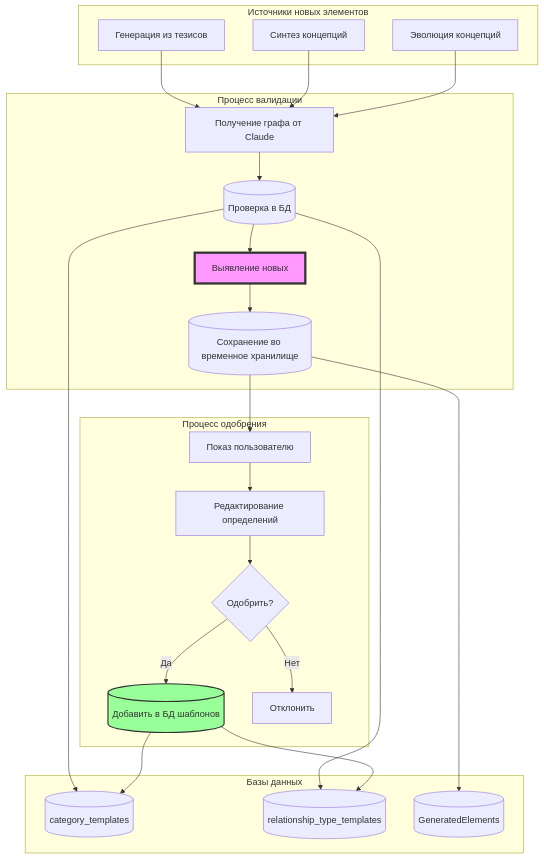
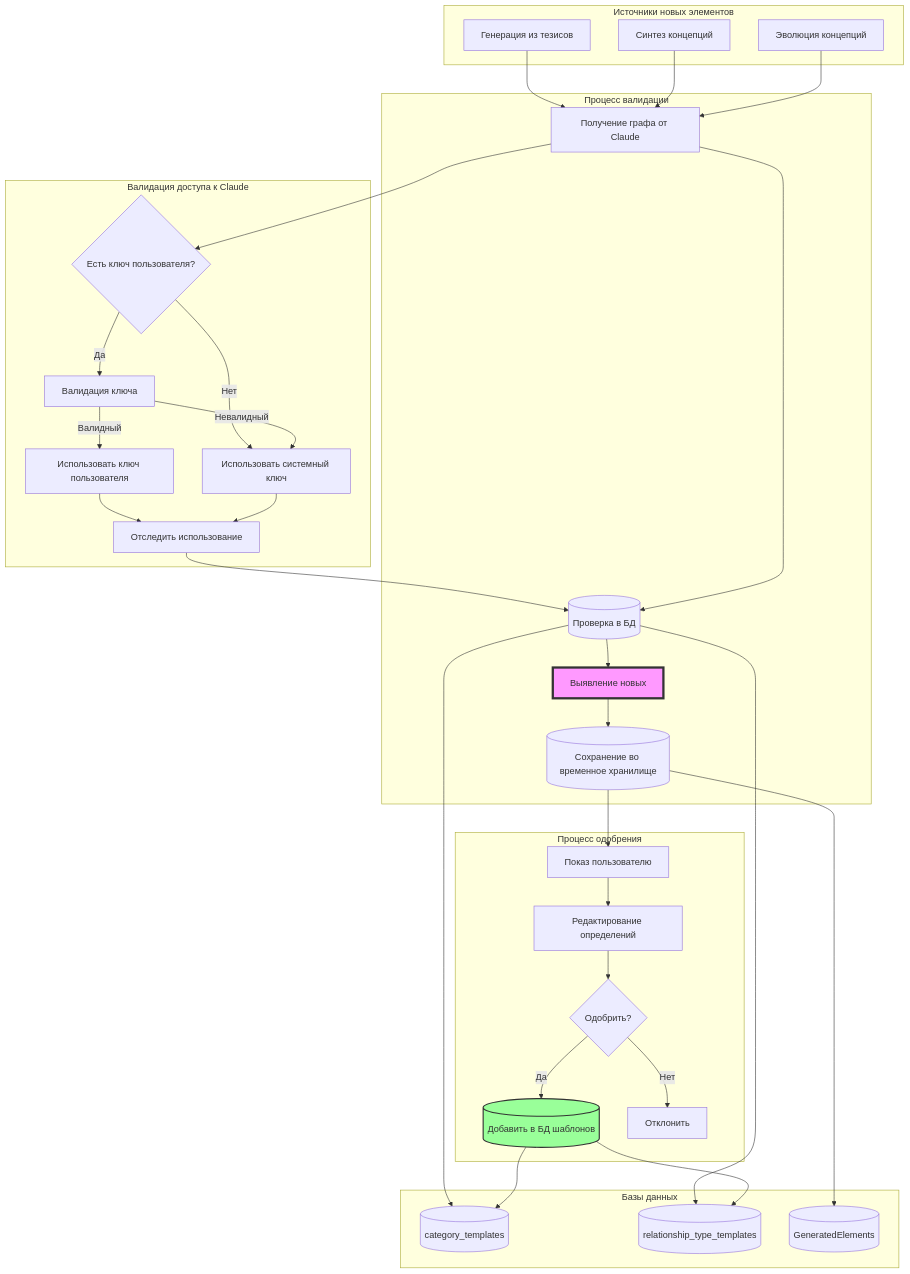
The diagram in architecture/element-validation-flow.mmd (Ranatar/philosophical-concepts-omnidirectional), drawn with Mermaid before and after one commit. The commit also changed 9 other files, not shown here.

```diff
--- a/architecture/element-validation-flow.mmd
+++ b/architecture/element-validation-flow.mmd
@@ -1,51 +1,68 @@
 flowchart TB
     subgraph "Источники новых элементов"
         THESIS_TO_GRAPH[Генерация из тезисов]
         SYNTHESIS[Синтез концепций]
         EVOLUTION[Эволюция концепций]
     end
     
     subgraph "Процесс валидации"
         RECEIVE[Получение графа от Claude]
         CHECK_DB[(Проверка в БД)]
         IDENTIFY_NEW[Выявление новых]
         SAVE_TEMP[(Сохранение во временное хранилище)]
     end
     
     subgraph "Процесс одобрения"
         SHOW_USER[Показ пользователю]
         EDIT[Редактирование определений]
         APPROVE{Одобрить?}
         ADD_TO_DB[(Добавить в БД шаблонов)]
         REJECT[Отклонить]
     end
     
     subgraph "Базы данных"
         CATEGORY_TEMPLATES[(category_templates)]
         REL_TYPE_TEMPLATES[(relationship_type_templates)]
         GENERATED_ELEMENTS[(GeneratedElements)]
     end
+
+    subgraph "Валидация доступа к Claude"
+        CHECK_USER_KEY{Есть ключ пользователя?}
+        VALIDATE_KEY[Валидация ключа]
+        USE_USER_KEY[Использовать ключ пользователя]
+        USE_SYSTEM_KEY[Использовать системный ключ]
+        TRACK_USAGE[Отследить использование]
+    end
+
+    RECEIVE --> CHECK_USER_KEY
+    CHECK_USER_KEY -->|Да| VALIDATE_KEY
+    CHECK_USER_KEY -->|Нет| USE_SYSTEM_KEY
+    VALIDATE_KEY -->|Валидный| USE_USER_KEY
+    VALIDATE_KEY -->|Невалидный| USE_SYSTEM_KEY
+    USE_USER_KEY --> TRACK_USAGE
+    USE_SYSTEM_KEY --> TRACK_USAGE
+    TRACK_USAGE --> CHECK_DB
     
     THESIS_TO_GRAPH --> RECEIVE
     SYNTHESIS --> RECEIVE
     EVOLUTION --> RECEIVE
     
     RECEIVE --> CHECK_DB
     CHECK_DB --> CATEGORY_TEMPLATES
     CHECK_DB --> REL_TYPE_TEMPLATES
     CHECK_DB --> IDENTIFY_NEW
     
     IDENTIFY_NEW --> SAVE_TEMP
     SAVE_TEMP --> GENERATED_ELEMENTS
     SAVE_TEMP --> SHOW_USER
     
     SHOW_USER --> EDIT
     EDIT --> APPROVE
     APPROVE -->|Да| ADD_TO_DB
     APPROVE -->|Нет| REJECT
     
     ADD_TO_DB --> CATEGORY_TEMPLATES
     ADD_TO_DB --> REL_TYPE_TEMPLATES
     
     style IDENTIFY_NEW fill:#f9f,stroke:#333,stroke-width:4px
     style ADD_TO_DB fill:#9f9,stroke:#333,stroke-width:2px
```
